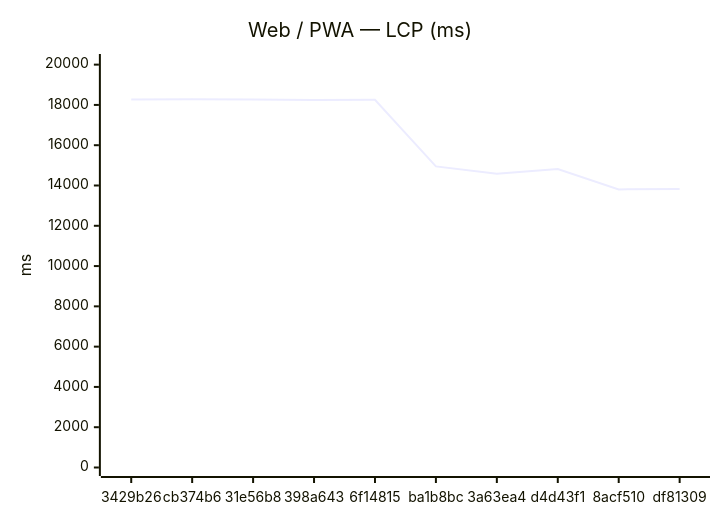
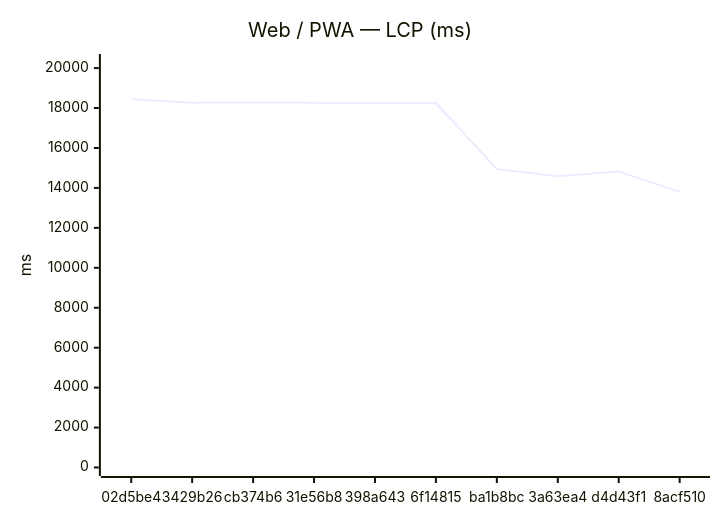
One commit to Metaheurist/Rianell changed the first of 18 diagrams in benchmarks/compare.md. Above: the diagram before and after it, drawn with Mermaid. The commit also changed other lines of this file and 11 other files, not shown here.

````diff
--- a/benchmarks/compare.md
+++ b/benchmarks/compare.md
@@ -24,7 +24,7 @@
 ```mermaid
 xychart-beta
     title "Web / PWA — LCP (ms)"
-    x-axis ["3429b26", "cb374b6", "31e56b8", "398a643", "6f14815", "ba1b8bc", "3a63ea4", "d4d43f1", "8acf510", "df81309"]
-    y-axis "ms" 0 --> 20106
-    line [18270, 18278, 18267, 18242, 18254, 14947, 14588, 14818, 13807, 13825]
+    x-axis ["02d5be4", "3429b26", "cb374b6", "31e56b8", "398a643", "6f14815", "ba1b8bc", "3a63ea4", "d4d43f1", "8acf510"]
+    y-axis "ms" 0 --> 20280
+    line [18436, 18270, 18278, 18267, 18242, 18254, 14947, 14588, 14818, 13807]
 ```
````
